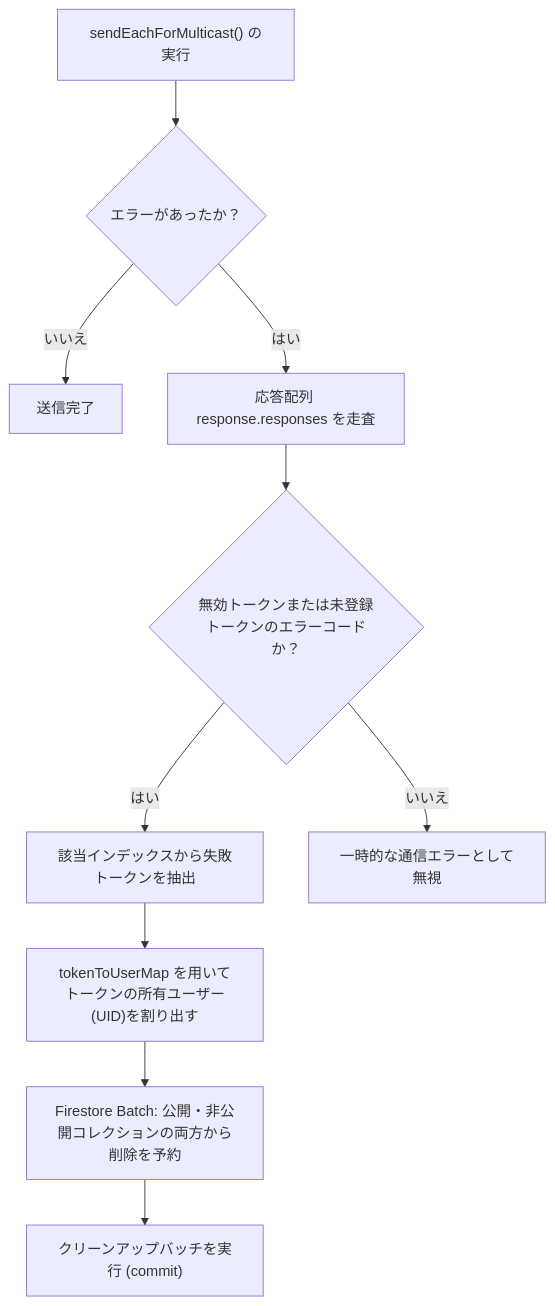
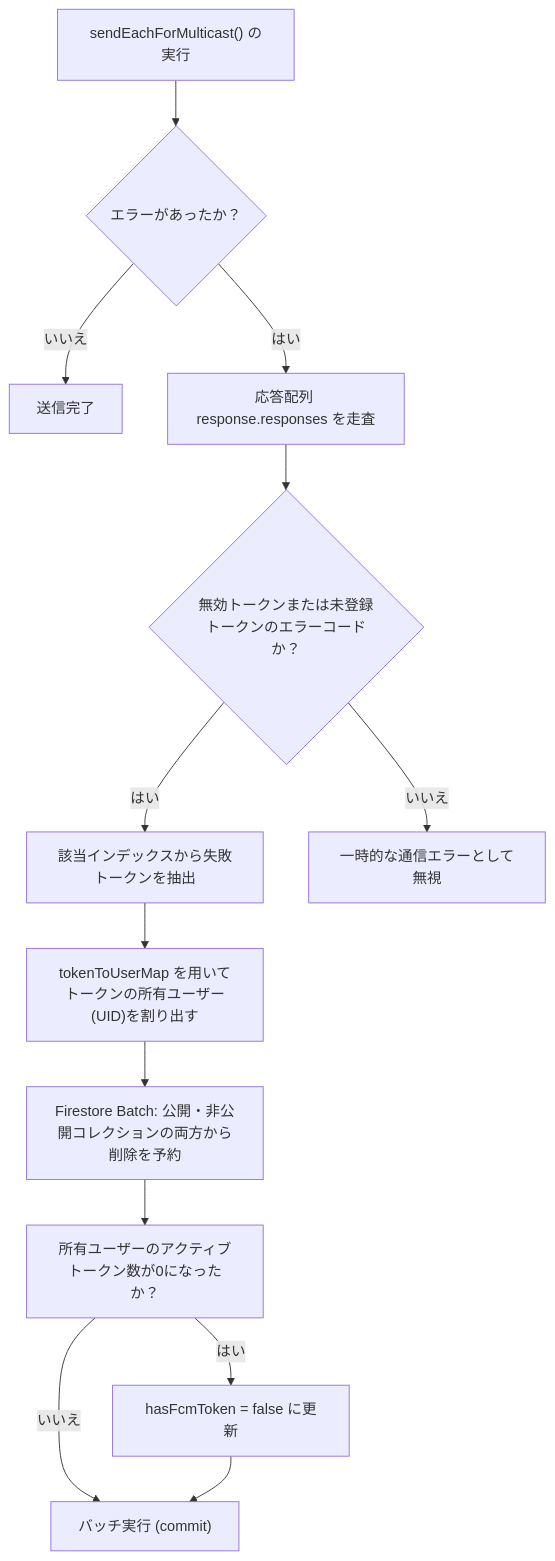
Before and after one commit to ScriptureHabit/scripture-habit: the third of 3 diagrams in docs/ja/details/push-notifications.md, drawn with Mermaid. The commit also changed other lines of this file and 15 other files, not shown here.

````diff
--- a/docs/ja/details/push-notifications.md
+++ b/docs/ja/details/push-notifications.md
@@ -306,12 +328,15 @@
 ```mermaid
 flowchart TD
     A["sendEachForMulticast() の実行"] --> B{"エラーがあったか？"}
     B -- "いいえ" --> C["送信完了"]
     B -- "はい" --> D["応答配列 response.responses を走査"]
     D --> E{"無効トークンまたは未登録トークンのエラーコードか？"}
     E -- "はい" --> F["該当インデックスから失敗トークンを抽出"]
     E -- "いいえ" --> G["一時的な通信エラーとして無視"]
     F --> H["tokenToUserMap を用いてトークンの所有ユーザー(UID)を割り出す"]
     H --> I["Firestore Batch: 公開・非公開コレクションの両方から削除を予約"]
-    I --> J["クリーンアップバッチを実行 (commit)"]
+    I --> J["所有ユーザーのアクティブトークン数が0になったか？"]
+    J -- "はい" --> K["hasFcmToken = false に更新"]
+    J -- "いいえ" --> L["バッチ実行 (commit)"]
+    K --> L
 ```
````
